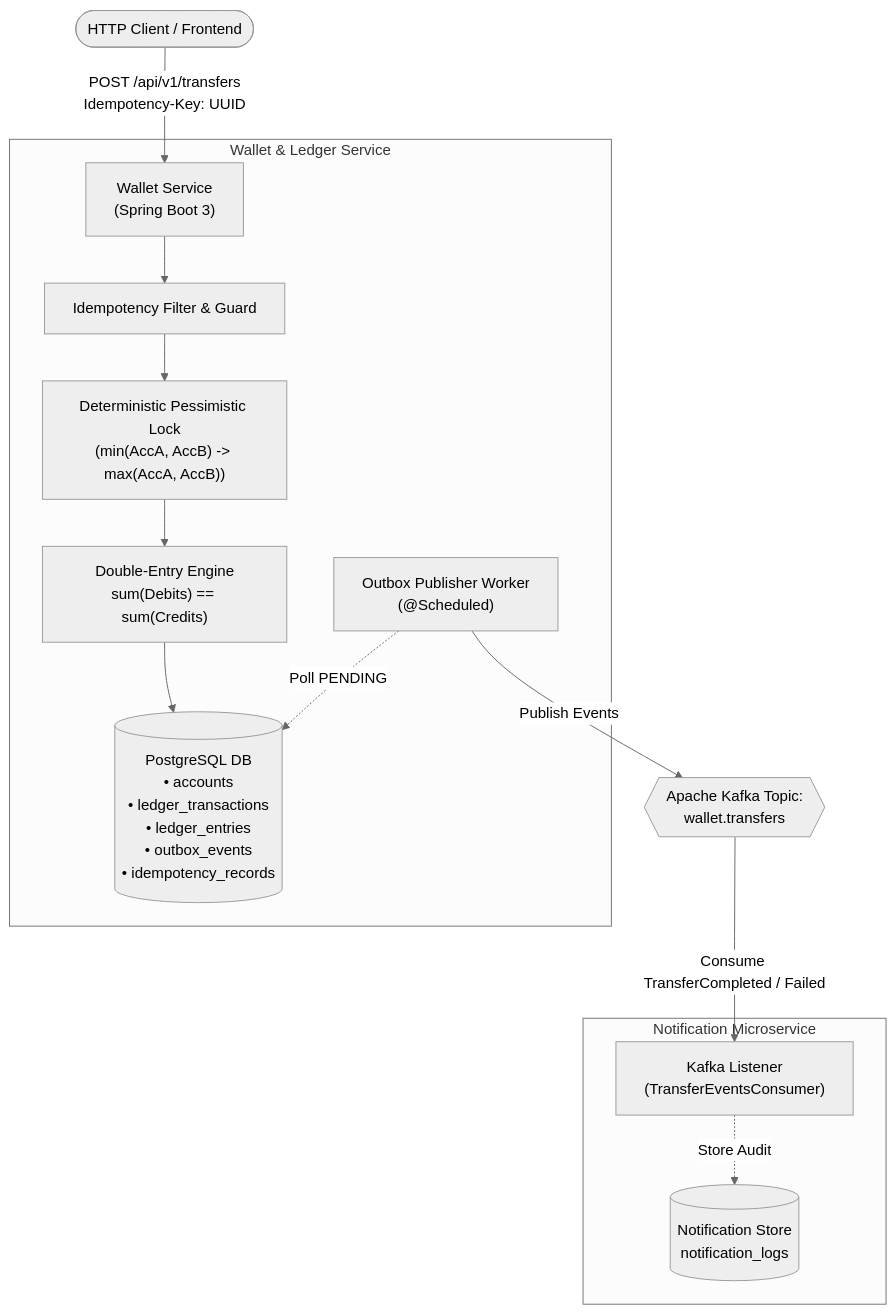
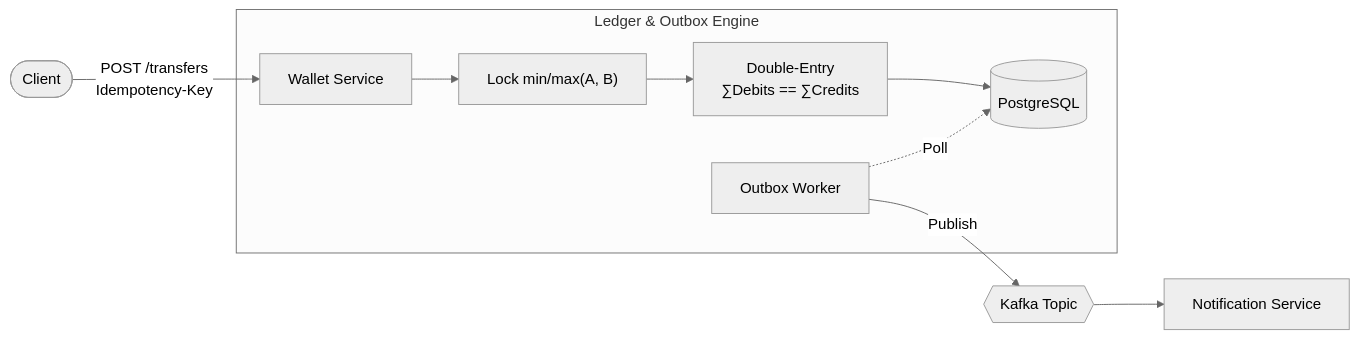
Before and after one commit to pavanalfa-bit/fintech-wallet-ledger: the diagram in README.md, drawn with Mermaid (neutral theme).

Commit message:
Make architecture diagram compact and horizontal for better GitHub rendering

````diff
--- a/README.md
+++ b/README.md
@@ -40,23 +40,14 @@
 ```mermaid
-flowchart TD
-    Client(["HTTP Client / Frontend"]) -->|POST /api/v1/transfers<br/>Idempotency-Key: UUID| WalletCtrl["Wallet Service<br/>(Spring Boot 3)"]
+flowchart LR
+    Client(["Client"]) -->|POST /transfers<br/>Idempotency-Key| WS["Wallet Service"]
     
-    subgraph WalletService["Wallet & Ledger Service"]
-        WalletCtrl --> Idemp["Idempotency Filter & Guard"]
-        Idemp --> Lock["Deterministic Pessimistic Lock<br/>(min(AccA, AccB) -> max(AccA, AccB))"]
-        Lock --> LedgerEng["Double-Entry Engine<br/>sum(Debits) == sum(Credits)"]
-        LedgerEng --> DB[("PostgreSQL DB<br/>• accounts<br/>• ledger_transactions<br/>• ledger_entries<br/>• outbox_events<br/>• idempotency_records")]
-        
-        OutboxPoller["Outbox Publisher Worker<br/>(@Scheduled)"] -.->|Poll PENDING| DB
+    subgraph Core["Ledger & Outbox Engine"]
+        WS --> Lock["Lock min/max(A, B)"]
+        Lock --> Ledger["Double-Entry<br/>∑Debits == ∑Credits"]
+        Ledger --> DB[("PostgreSQL")]
+        Worker["Outbox Worker"] -.->|Poll| DB
     end
 
-    OutboxPoller -->|Publish Events| KafkaBrokers{{"Apache Kafka Topic:<br/>wallet.transfers"}}
-
-    subgraph NotificationService["Notification Microservice"]
-        KafkaConsumer["Kafka Listener<br/>(TransferEventsConsumer)"]
-        NotifyDB[("Notification Store<br/>notification_logs")]
-        KafkaConsumer -.->|Store Audit| NotifyDB
-    end
-
-    KafkaBrokers -->|Consume TransferCompleted / Failed| KafkaConsumer
+    Worker -->|Publish| Kafka{{"Kafka Topic"}}
+    Kafka --> Notify["Notification Service"]
 ```
````
